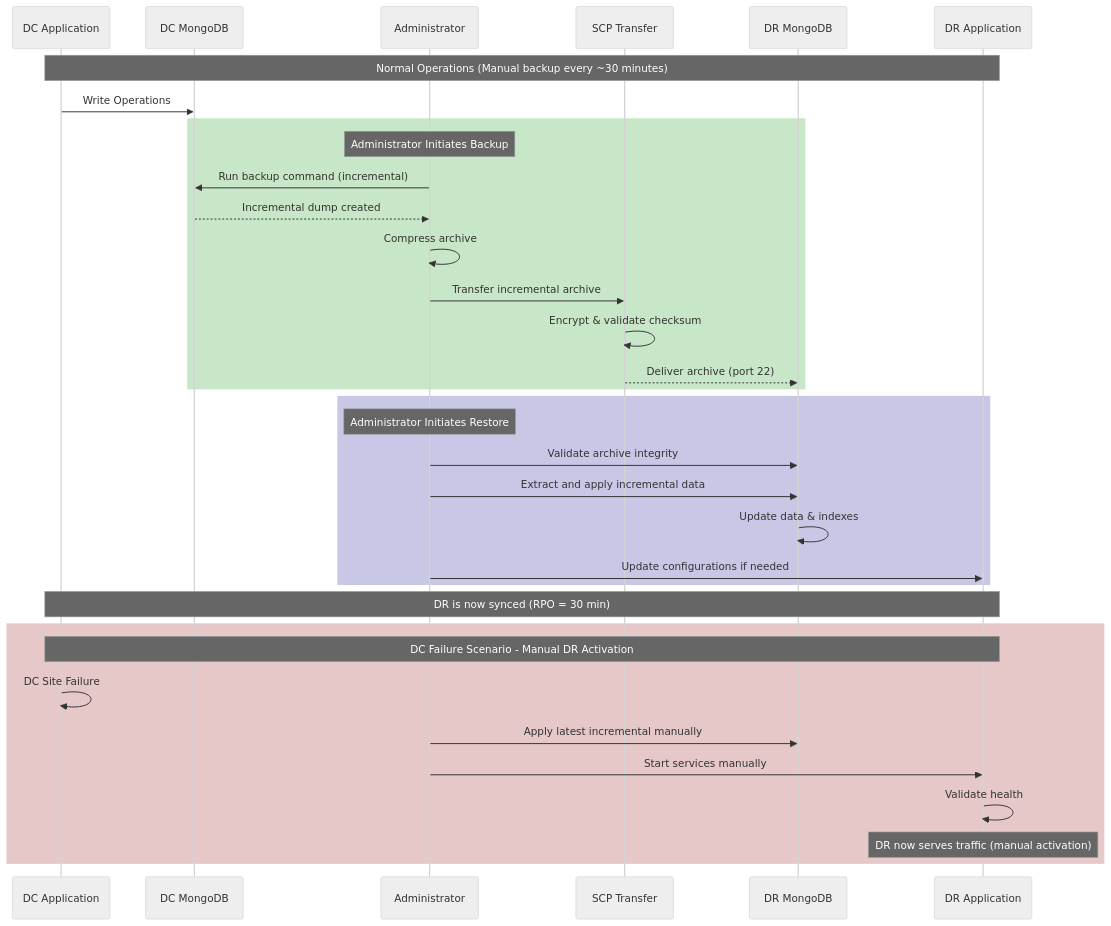
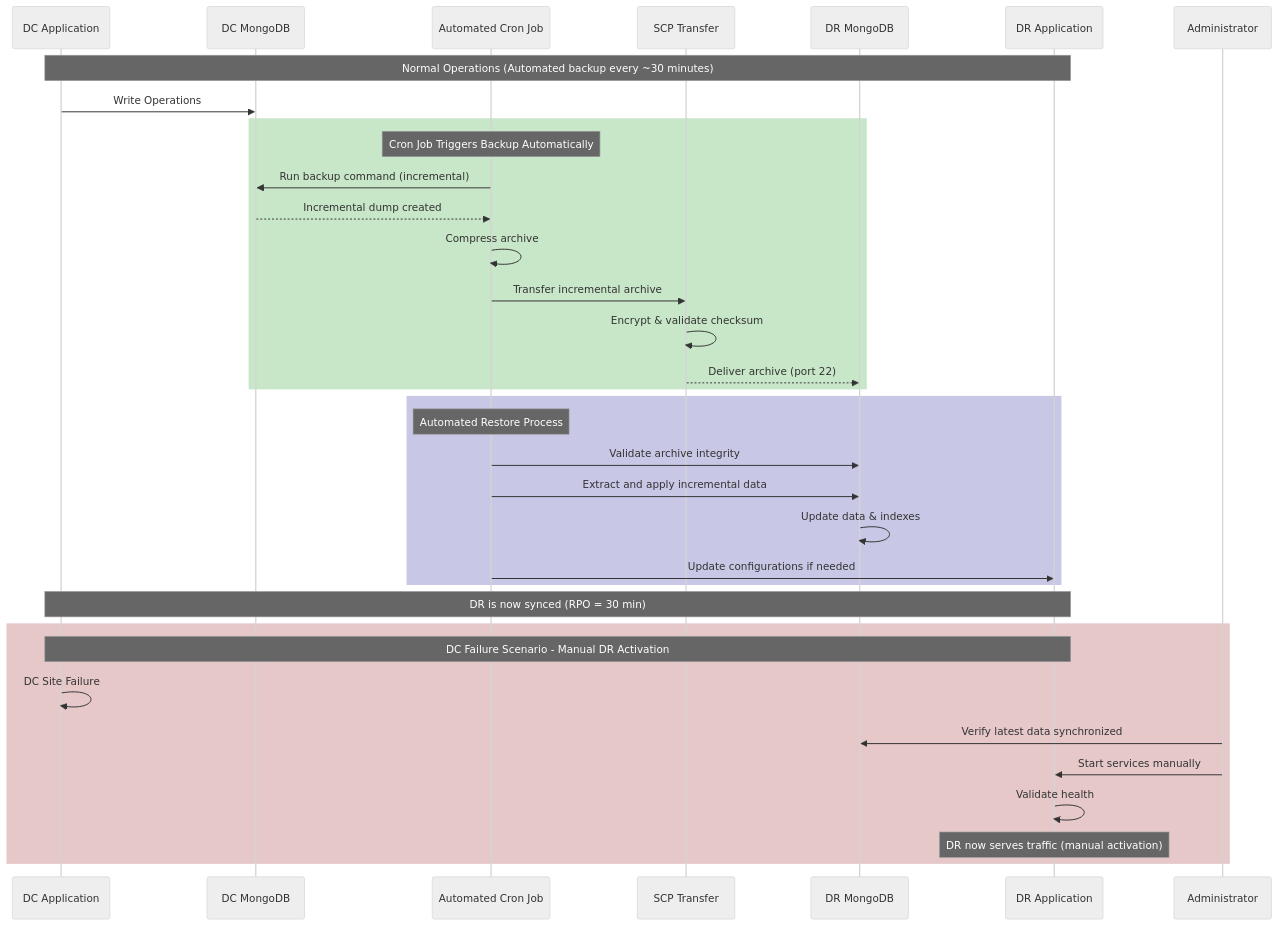
Before and after one commit to Vishwa0220/customers-docs: the third of 12 diagrams in HA_DR_Architecture_Documentation_dt.md, drawn with Mermaid (neutral theme). The commit also changed other lines of this file, not shown here.

````diff
--- a/HA_DR_Architecture_Documentation_dt.md
+++ b/HA_DR_Architecture_Documentation_dt.md
@@ -195,42 +195,43 @@
 ```mermaid
 sequenceDiagram
     participant DC_APP as DC Application
     participant DC_DB as DC MongoDB
-    participant ADMIN as Administrator
+    participant CRON as Automated Cron Job
     participant SCP as SCP Transfer
     participant DR_DB as DR MongoDB
     participant DR_APP as DR Application
     
-    Note over DC_APP,DR_APP: Normal Operations (Manual backup every ~30 minutes)
+    Note over DC_APP,DR_APP: Normal Operations (Automated backup every ~30 minutes)
     
     DC_APP->>DC_DB: Write Operations
     
     rect rgb(200, 230, 200)
-        Note over ADMIN: Administrator Initiates Backup
-        ADMIN->>DC_DB: Run backup command (incremental)
-        DC_DB-->>ADMIN: Incremental dump created
-        ADMIN->>ADMIN: Compress archive
-        ADMIN->>SCP: Transfer incremental archive
+        Note over CRON: Cron Job Triggers Backup Automatically
+        CRON->>DC_DB: Run backup command (incremental)
+        DC_DB-->>CRON: Incremental dump created
+        CRON->>CRON: Compress archive
+        CRON->>SCP: Transfer incremental archive
         SCP->>SCP: Encrypt & validate checksum
         SCP-->>DR_DB: Deliver archive (port 22)
     end
     
     rect rgb(200, 200, 230)
-        Note over ADMIN: Administrator Initiates Restore
-        ADMIN->>DR_DB: Validate archive integrity
-        ADMIN->>DR_DB: Extract and apply incremental data
+        Note over CRON: Automated Restore Process
+        CRON->>DR_DB: Validate archive integrity
+        CRON->>DR_DB: Extract and apply incremental data
         DR_DB->>DR_DB: Update data & indexes
-        ADMIN->>DR_APP: Update configurations if needed
+        CRON->>DR_APP: Update configurations if needed
     end
     
     Note over DC_APP,DR_APP: DR is now synced (RPO = 30 min)
     
     rect rgb(230, 200, 200)
         Note over DC_APP,DR_APP: DC Failure Scenario - Manual DR Activation
         DC_APP->>DC_APP: DC Site Failure
-        ADMIN->>DR_DB: Apply latest incremental manually
+        participant ADMIN as Administrator
+        ADMIN->>DR_DB: Verify latest data synchronized
         ADMIN->>DR_APP: Start services manually
         DR_APP->>DR_APP: Validate health
         Note over DR_APP: DR now serves traffic (manual activation)
     end
 ```
````
